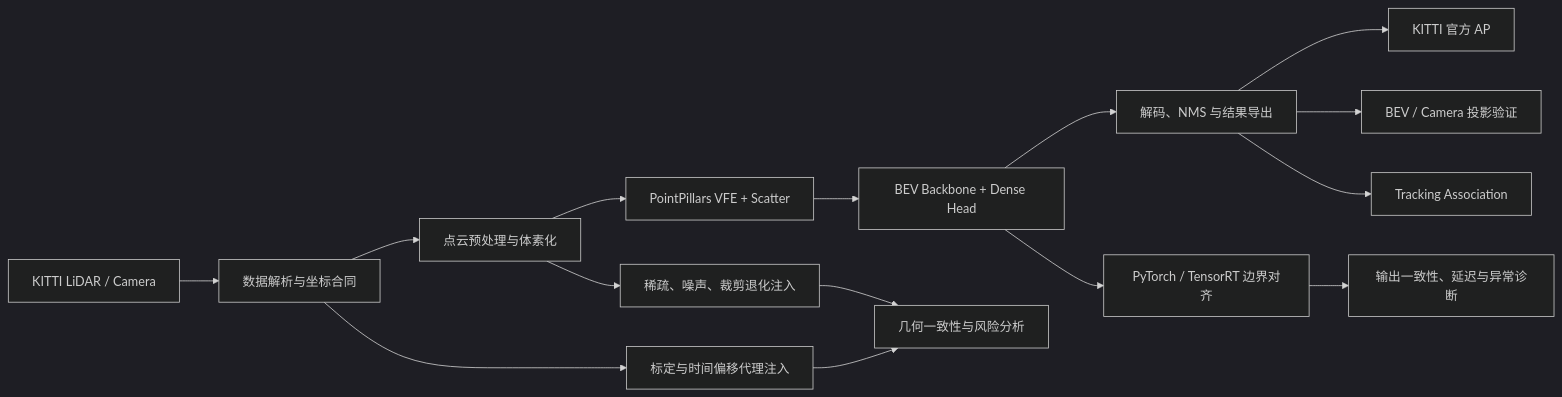
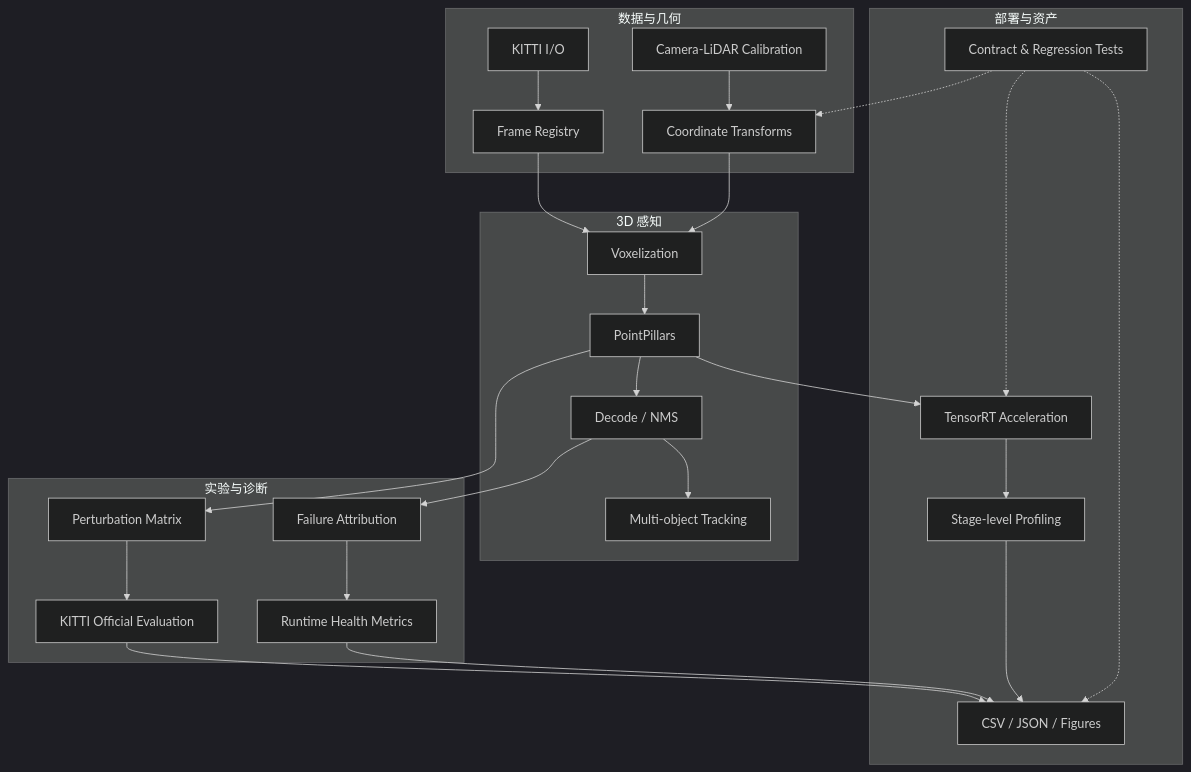
Before and after one commit to Rexlion777/LiDAR-Camera-PerceptionBench: the first of 2 diagrams in docs/ARCHITECTURE.md, drawn with Mermaid (dark theme). The commit also changed other lines of this file and 43 other files, not shown here.

````diff
--- a/docs/ARCHITECTURE.md
+++ b/docs/ARCHITECTURE.md
@@ -5,17 +5,42 @@
 ```mermaid
-flowchart LR
-    A["KITTI LiDAR / Camera"] --> B["数据解析与坐标合同"]
-    B --> C["点云预处理与体素化"]
-    C --> D["PointPillars VFE + Scatter"]
-    D --> E["BEV Backbone + Dense Head"]
-    E --> F["解码、NMS 与结果导出"]
-    F --> G["KITTI 官方 AP"]
-    F --> H["BEV / Camera 投影验证"]
-    F --> I["Tracking Association"]
-    B --> J["标定与时间偏移代理注入"]
-    C --> K["稀疏、噪声、裁剪退化注入"]
-    J --> L["几何一致性与风险分析"]
-    K --> L
-    E --> M["PyTorch / TensorRT 边界对齐"]
-    M --> N["输出一致性、延迟与异常诊断"]
+flowchart TB
+    subgraph S1["数据与几何"]
+        IO["KITTI I/O"]
+        CAL["Camera-LiDAR Calibration"]
+        TF["Coordinate Transforms"]
+        REG["Frame Registry"]
+    end
+
+    subgraph S2["3D 感知"]
+        VOX["Voxelization"]
+        PP["PointPillars"]
+        DEC["Decode / NMS"]
+        TRK["Multi-object Tracking"]
+    end
+
+    subgraph S3["实验与诊断"]
+        DEG["Perturbation Matrix"]
+        EVAL["KITTI Official Evaluation"]
+        FAIL["Failure Attribution"]
+        HEALTH["Runtime Health Metrics"]
+    end
+
+    subgraph S4["部署与资产"]
+        TRT["TensorRT Acceleration"]
+        PROF["Stage-level Profiling"]
+        REP["CSV / JSON / Figures"]
+        TEST["Contract & Regression Tests"]
+    end
+
+    IO --> REG --> VOX --> PP --> DEC --> TRK
+    CAL --> TF --> VOX
+    PP --> DEG --> EVAL
+    DEC --> FAIL --> HEALTH
+    PP --> TRT --> PROF
+    EVAL --> REP
+    HEALTH --> REP
+    PROF --> REP
+    TEST -.-> TF
+    TEST -.-> TRT
+    TEST -.-> REP
 ```
````
